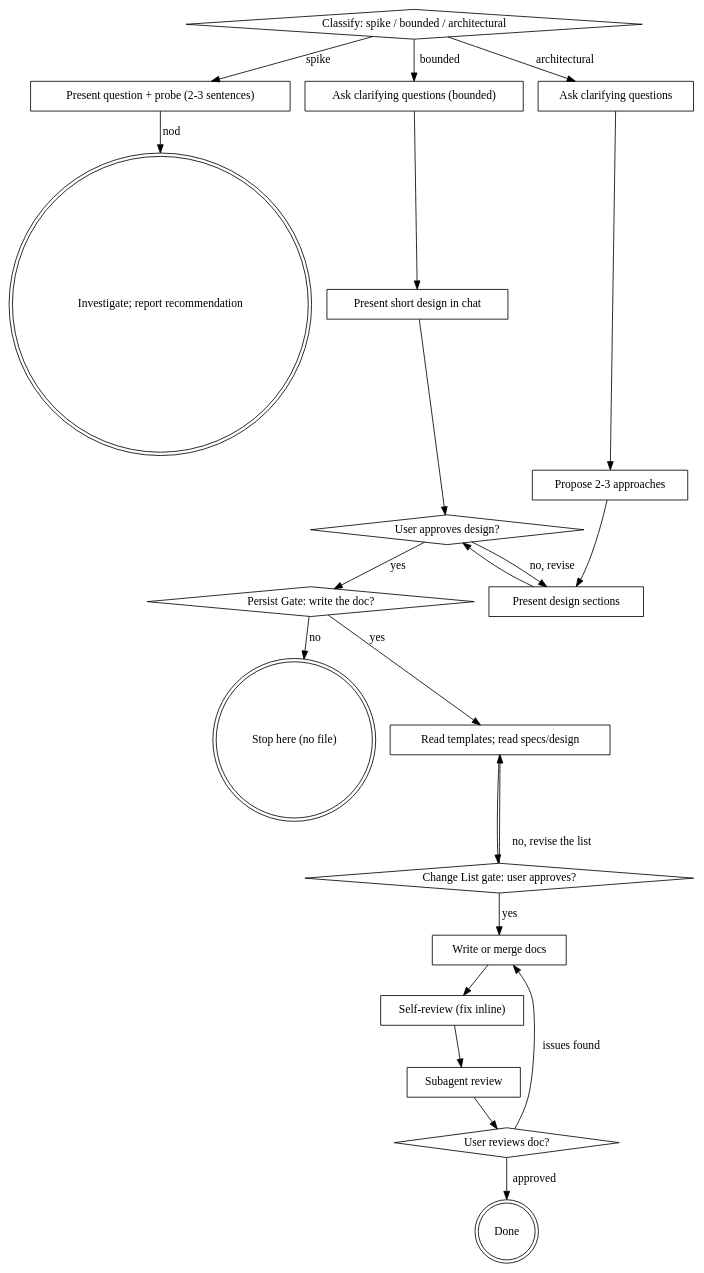
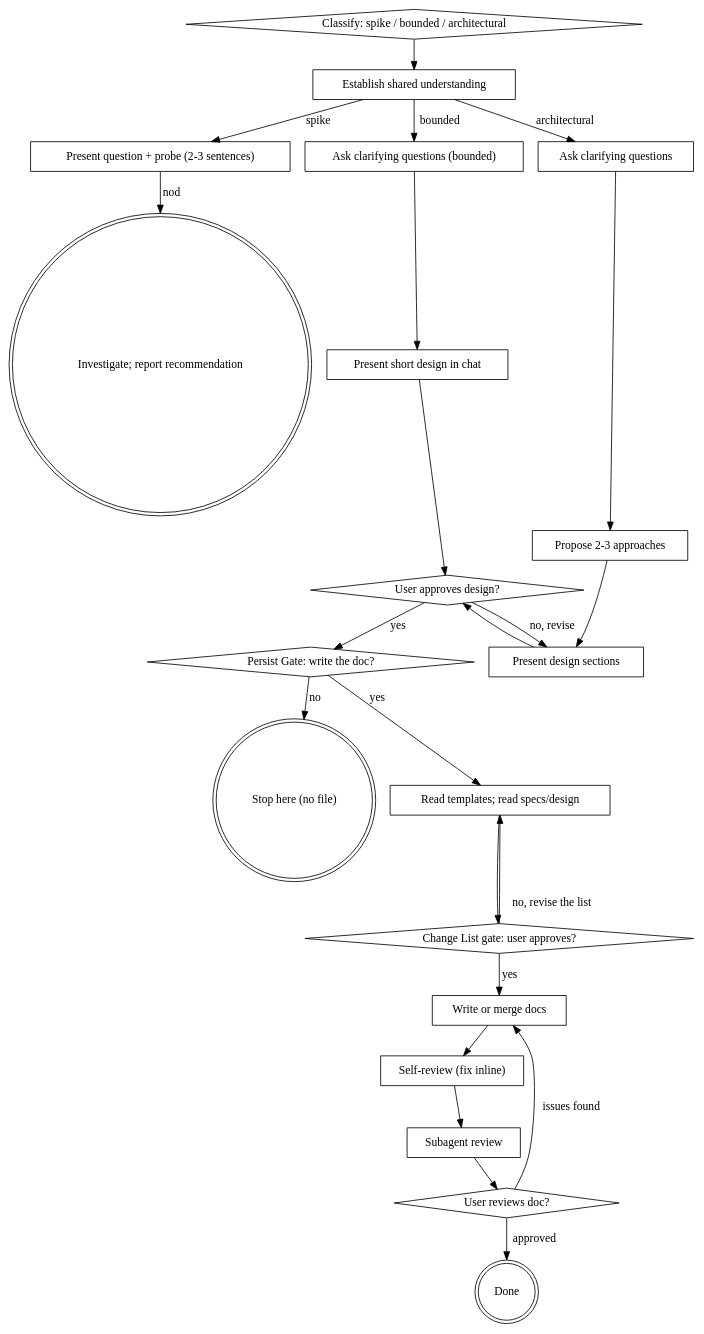
One commit to ZiyiXingYao/brainstorming-archify changed the diagram in SKILL.md. Above: the diagram before and after it, drawn with Graphviz. The commit also changed other lines of this file, not shown here.

Commit message:
修改内容: 把「建立共识理解」接进 SKILL.md 的 Checklist 与流程图，并把 Self-Review 由 13 项增至 14 项。Checklist 的 Spike／Bounded／Architectural 三条路径各新增共同的第 0 步「Establish shared understanding」，位于宣布路径之后、各路径原有第 1 步（Explore project context）之前，既有步号 1..5 未重排；Process Flow 的流程图中新增一个三条路径共用的前置节点（分类之后、各路径第一步之前），使图与清单一致；Self-Review 追加第 14 项共识理解检查——在提出特性或方案之前是否已建立对方可评估、可纠正的共识理解并在被纠正后更新，未建立即进入特性或方案讨论判为缺陷。解决上一任务（7efb5ac）新增 `## Establish Shared Understanding` 节后，该步骤在 Checklist 与流程图中无落点、自审无法核验的问题。 提交人: 黄俊 评审人: 影响范围: SKILL.md（`## Checklist` 三组各加编号 0 的「Establish shared understanding」首步、`## Process Flow` 新增共用的 establish_shared_understanding 节点并重接三条路径的首条边、`## Self-Review` 由 13 项增至 14 项）；未改 `## Establish Shared Understanding`、`<HARD-GATE>`、`## Anti-Pattern` 段、Red Flags 表、`## The Persist Gate`、`## Incremental Persist Protocol` 及其 Rule 1–7、`## Change List Gate`、`## The Three Gates`、`## Three Paths`、三份模板；无代码、无单元测试

````diff
--- a/SKILL.md
+++ b/SKILL.md
@@ -188,44 +191,46 @@
 ```dot
 digraph brainstorming {
     "Classify: spike / bounded / architectural" [shape=diamond];
+    establish_shared_understanding [label="Establish shared understanding", shape=box];
     "Present question + probe (2-3 sentences)" [shape=box];
     "Ask clarifying questions (bounded)" [shape=box];
     "Present short design in chat" [shape=box];
     "Ask clarifying questions" [shape=box];
     "Propose 2-3 approaches" [shape=box];
     "Present design sections" [shape=box];
     "User approves design?" [shape=diamond];
     "Investigate; report recommendation" [shape=doublecircle];
     "Persist Gate: write the doc?" [shape=diamond];
     "Stop here (no file)" [shape=doublecircle];
     "Read templates; read specs/design" [shape=box];
     "Change List gate: user approves?" [shape=diamond];
     "Write or merge docs" [shape=box];
     "Self-review (fix inline)" [shape=box];
     "Subagent review" [shape=box];
     "User reviews doc?" [shape=diamond];
     "Done" [shape=doublecircle];
 
-    "Classify: spike / bounded / architectural" -> "Present question + probe (2-3 sentences)" [label="spike"];
-    "Classify: spike / bounded / architectural" -> "Ask clarifying questions (bounded)" [label="bounded"];
-    "Classify: spike / bounded / architectural" -> "Ask clarifying questions" [label="architectural"];
+    "Classify: spike / bounded / architectural" -> establish_shared_understanding;
+    establish_shared_understanding -> "Present question + probe (2-3 sentences)" [label="spike"];
+    establish_shared_understanding -> "Ask clarifying questions (bounded)" [label="bounded"];
+    establish_shared_understanding -> "Ask clarifying questions" [label="architectural"];
     "Present question + probe (2-3 sentences)" -> "Investigate; report recommendation" [label="nod"];
     "Ask clarifying questions (bounded)" -> "Present short design in chat";
     "Present short design in chat" -> "User approves design?";
     "Ask clarifying questions" -> "Propose 2-3 approaches";
     "Propose 2-3 approaches" -> "Present design sections";
     "Present design sections" -> "User approves design?";
     "User approves design?" -> "Present design sections" [label="no, revise"];
     "User approves design?" -> "Persist Gate: write the doc?" [label="yes"];
     "Persist Gate: write the doc?" -> "Stop here (no file)" [label="no"];
     "Persist Gate: write the doc?" -> "Read templates; read specs/design" [label="yes"];
     "Read templates; read specs/design" -> "Change List gate: user approves?";
     "Change List gate: user approves?" -> "Write or merge docs" [label="yes"];
     "Change List gate: user approves?" -> "Read templates; read specs/design" [label="no, revise the list"];
     "Write or merge docs" -> "Self-review (fix inline)";
     "Self-review (fix inline)" -> "Subagent review";
     "Subagent review" -> "User reviews doc?";
     "User reviews doc?" -> "Write or merge docs" [label="issues found"];
     "User reviews doc?" -> "Done" [label="approved"];
 }
 ```
````
